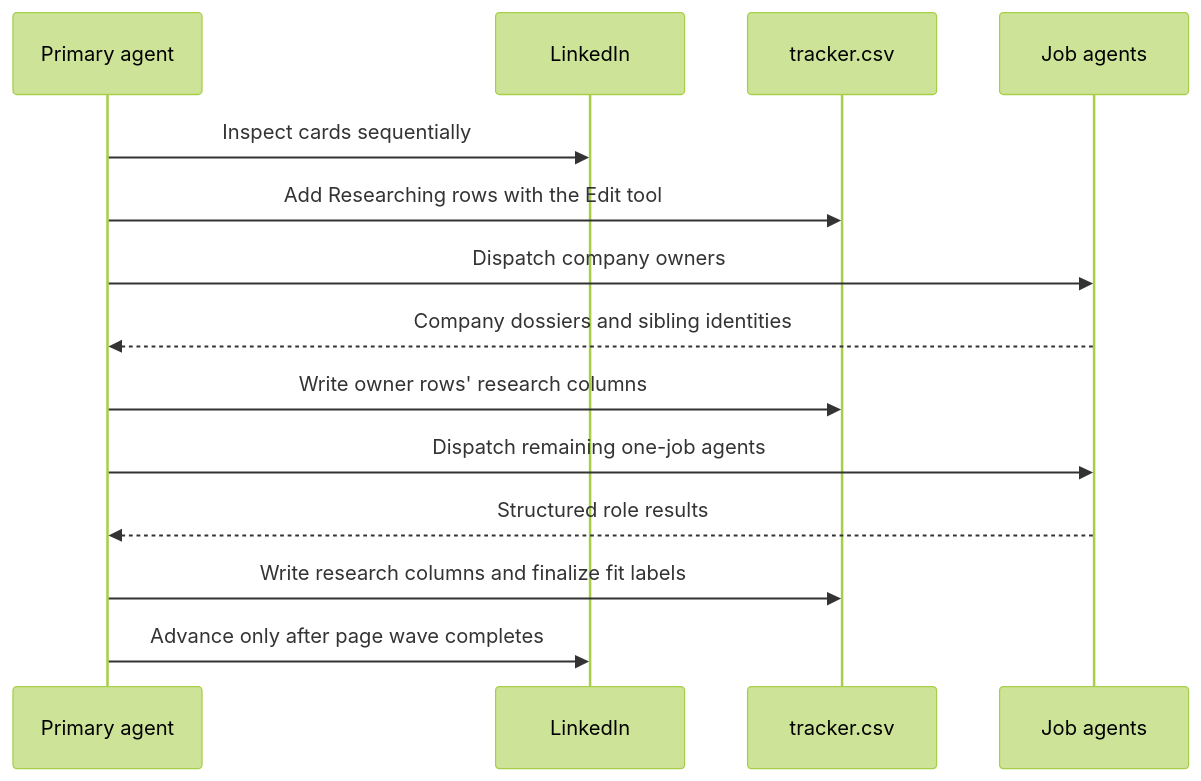
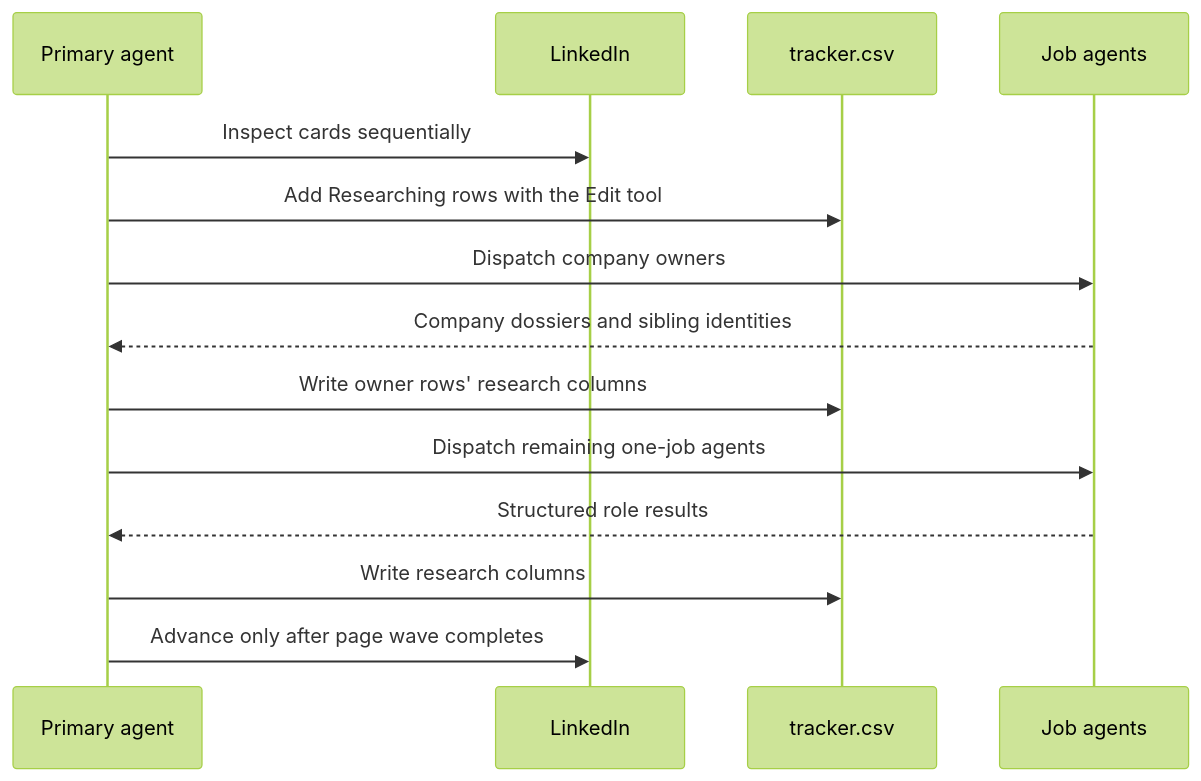
The second of 2 diagrams in linkedin-job-pilot/references/subagent-orchestration.md (fsw0422/skills), drawn with Mermaid (forest theme) before and after one commit. The commit also changed other lines of this file and 6 other files, not shown here.

First line of the commit message:
linkedin-job-pilot: drop fit labels, LinkedIn is the fit source of truth (#3)

```diff
--- a/linkedin-job-pilot/references/subagent-orchestration.md
+++ b/linkedin-job-pilot/references/subagent-orchestration.md
@@ -37,16 +37,16 @@
 ~~~mermaid
 sequenceDiagram
     participant P as Primary agent
     participant L as LinkedIn
     participant C as tracker.csv
     participant R as Job agents
     P->>L: Inspect cards sequentially
     P->>C: Add Researching rows with the Edit tool
     P->>R: Dispatch company owners
     R-->>P: Company dossiers and sibling identities
     P->>C: Write owner rows' research columns
     P->>R: Dispatch remaining one-job agents
     R-->>P: Structured role results
-    P->>C: Write research columns and finalize fit labels
+    P->>C: Write research columns
     P->>L: Advance only after page wave completes
 ~~~
```
